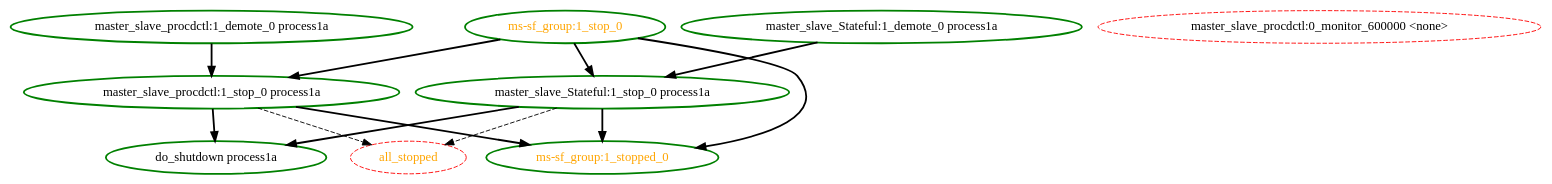
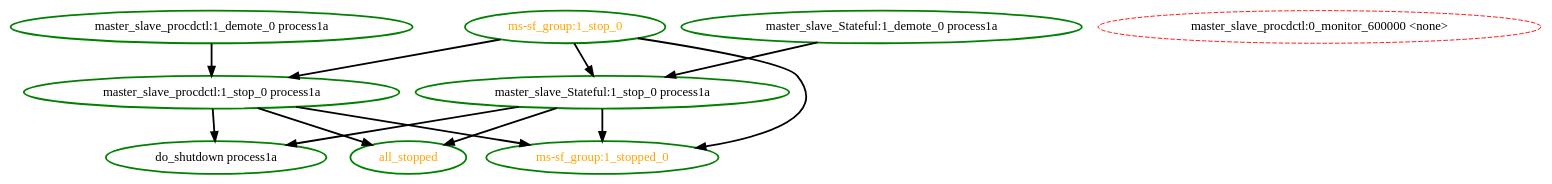
Before and after one commit to linux-ha-japan/pm_diskd: the diagram in pengine/testcases/bug-1822.dot, drawn with Graphviz. The commit also changed 2 other files, not shown here.

Commit message:
Medium: PE: Correctly set the state of partially active master/slave groups Master/Slave groups may not be completely running when we set their role to Slave.  This can have unintended consequences when creating actions and setting up probe_complete and all_stopped orderings.

```diff
--- a/pengine/testcases/bug-1822.dot
+++ b/pengine/testcases/bug-1822.dot
@@ -1,22 +1,22 @@
 digraph "g" {
-"all_stopped" [ style=dashed color="red" fontcolor="orange"  ]
+"all_stopped" [ style=bold color="green" fontcolor="orange"  ]
 "do_shutdown process1a" [ style=bold color="green" fontcolor="black"  ]
 "master_slave_Stateful:1_demote_0 process1a" -> "master_slave_Stateful:1_stop_0 process1a" [ style = bold]
 "master_slave_Stateful:1_demote_0 process1a" [ style=bold color="green" fontcolor="black"  ]
-"master_slave_Stateful:1_stop_0 process1a" -> "all_stopped" [ style = dashed]
+"master_slave_Stateful:1_stop_0 process1a" -> "all_stopped" [ style = bold]
 "master_slave_Stateful:1_stop_0 process1a" -> "do_shutdown process1a" [ style = bold]
 "master_slave_Stateful:1_stop_0 process1a" -> "ms-sf_group:1_stopped_0" [ style = bold]
 "master_slave_Stateful:1_stop_0 process1a" [ style=bold color="green" fontcolor="black"  ]
 "master_slave_procdctl:0_monitor_600000 <none>" [ style=dashed color="red" fontcolor="black"  ]
 "master_slave_procdctl:1_demote_0 process1a" -> "master_slave_procdctl:1_stop_0 process1a" [ style = bold]
 "master_slave_procdctl:1_demote_0 process1a" [ style=bold color="green" fontcolor="black"  ]
-"master_slave_procdctl:1_stop_0 process1a" -> "all_stopped" [ style = dashed]
+"master_slave_procdctl:1_stop_0 process1a" -> "all_stopped" [ style = bold]
 "master_slave_procdctl:1_stop_0 process1a" -> "do_shutdown process1a" [ style = bold]
 "master_slave_procdctl:1_stop_0 process1a" -> "ms-sf_group:1_stopped_0" [ style = bold]
 "master_slave_procdctl:1_stop_0 process1a" [ style=bold color="green" fontcolor="black"  ]
 "ms-sf_group:1_stop_0" -> "master_slave_Stateful:1_stop_0 process1a" [ style = bold]
 "ms-sf_group:1_stop_0" -> "master_slave_procdctl:1_stop_0 process1a" [ style = bold]
 "ms-sf_group:1_stop_0" -> "ms-sf_group:1_stopped_0" [ style = bold]
 "ms-sf_group:1_stop_0" [ style=bold color="green" fontcolor="orange"  ]
 "ms-sf_group:1_stopped_0" [ style=bold color="green" fontcolor="orange"  ]
 }
```
